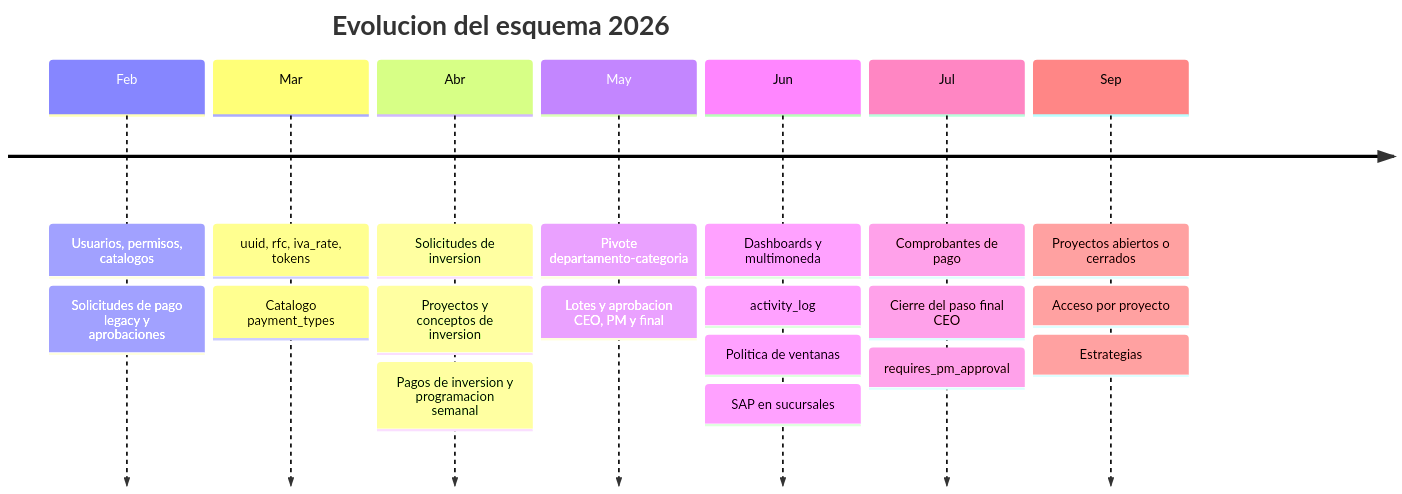
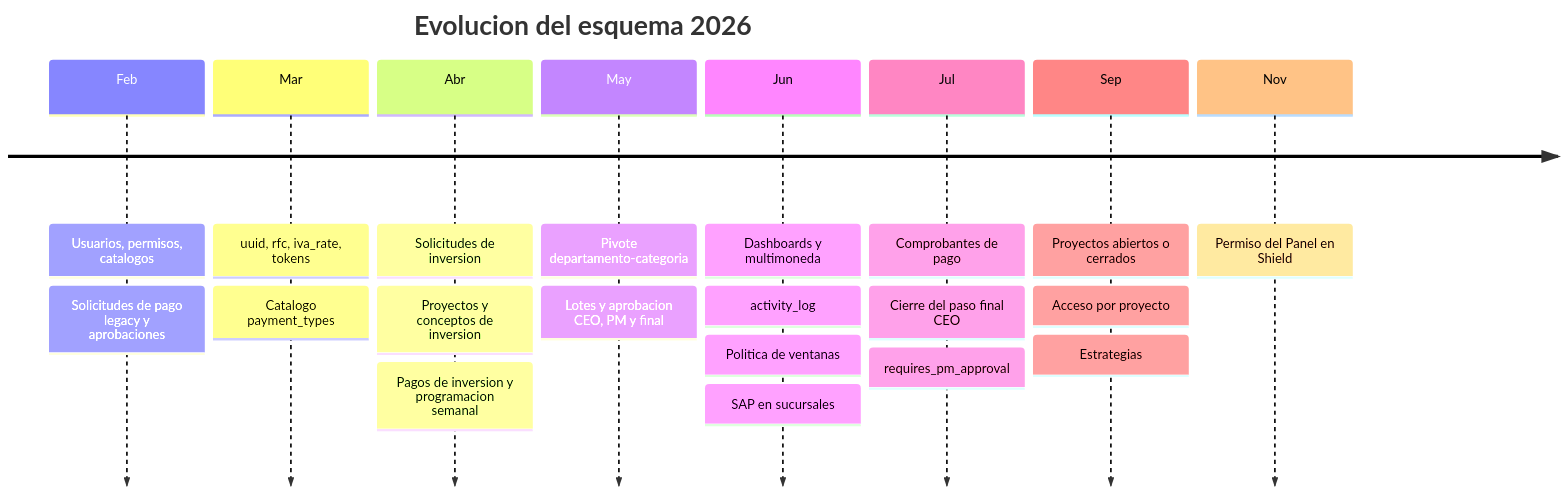
Before and after one commit to aramossysadmin/payment-request: the diagram in vault/04 Datos/Migraciones.md, drawn with Mermaid. The commit also changed other lines of this file and 30 other files, not shown here.

First line of the commit message:
Permisos: Panel y Solicitudes de Pago controlados por rol desde Shield

````diff
--- a/vault/04 Datos/Migraciones.md
+++ b/vault/04 Datos/Migraciones.md
@@ -21,11 +21,12 @@
 ```mermaid
 timeline
     title Evolucion del esquema 2026
     Feb : Usuarios, permisos, catalogos : Solicitudes de pago legacy y aprobaciones
     Mar : uuid, rfc, iva_rate, tokens : Catalogo payment_types
     Abr : Solicitudes de inversion : Proyectos y conceptos de inversion : Pagos de inversion y programacion semanal
     May : Pivote departamento-categoria : Lotes y aprobacion CEO, PM y final
     Jun : Dashboards y multimoneda : activity_log : Politica de ventanas : SAP en sucursales
     Jul : Comprobantes de pago : Cierre del paso final CEO : requires_pm_approval
     Sep : Proyectos abiertos o cerrados : Acceso por proyecto : Estrategias
+    Nov : Permiso del Panel en Shield
 ```
````
